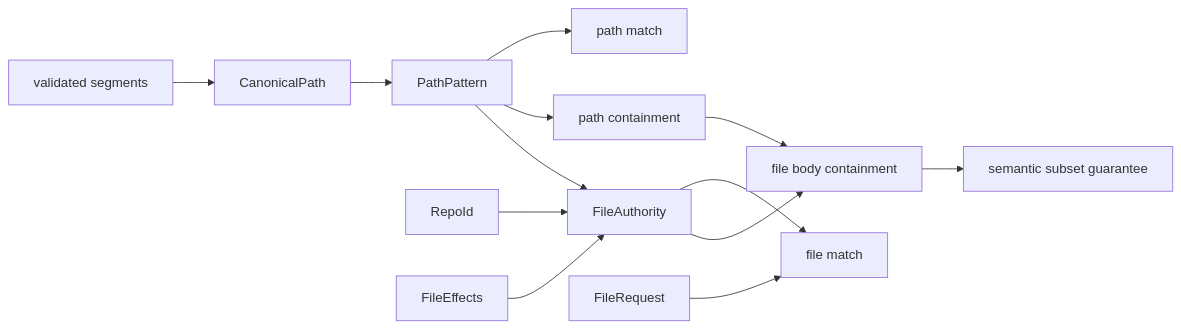
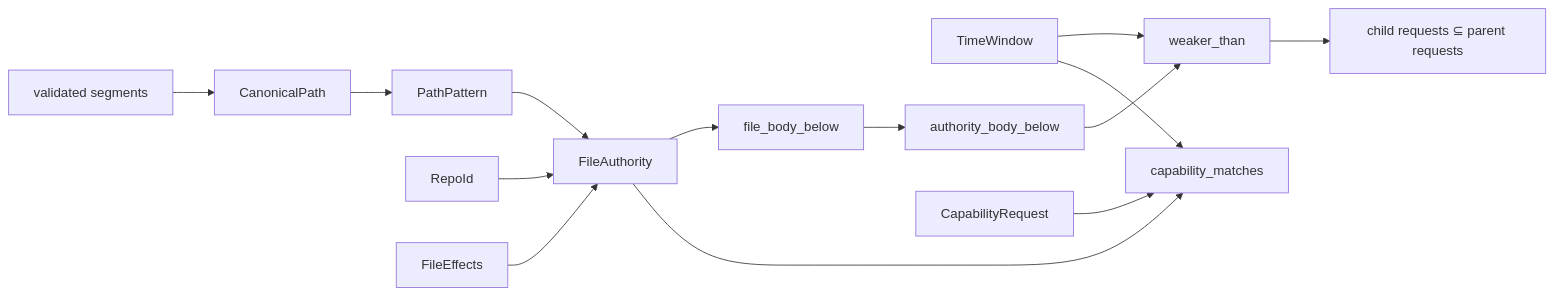
Before and after one commit to Aqua-218/SecCamp-AIAgent: the second of 2 diagrams in docs/authority-core/README.md, drawn with Mermaid. The commit also changed other lines of this file and 8 other files, not shown here.

Commit message:
docs(authority): explain capability containment

````diff
--- a/docs/authority-core/README.md
+++ b/docs/authority-core/README.md
@@ -69,15 +87,16 @@
 ```mermaid
 flowchart LR
     segments["validated segments"] --> canonical["CanonicalPath"]
     canonical --> pattern["PathPattern"]
-    pattern --> pathMatch["path match"]
-    pattern --> pathBelow["path containment"]
-    repo["RepoId"] --> authority["FileAuthority"]
-    effects["FileEffects"] --> authority
-    pattern --> authority
-    request["FileRequest"] --> fileMatch["file match"]
-    authority --> fileMatch
-    authority --> bodyBelow["file body containment"]
-    pathBelow --> bodyBelow
-    bodyBelow --> sound["semantic subset guarantee"]
+    repo["RepoId"] --> fileAuthority["FileAuthority"]
+    effects["FileEffects"] --> fileAuthority
+    pattern --> fileAuthority
+    fileAuthority --> fileBelow["file_body_below"]
+    window["TimeWindow"] --> weaker["weaker_than"]
+    fileBelow --> typedBelow["authority_body_below"]
+    typedBelow --> weaker
+    request["CapabilityRequest"] --> capMatch["capability_matches"]
+    window --> capMatch
+    fileAuthority --> capMatch
+    weaker --> sound["child requests ⊆ parent requests"]
 ```
````
